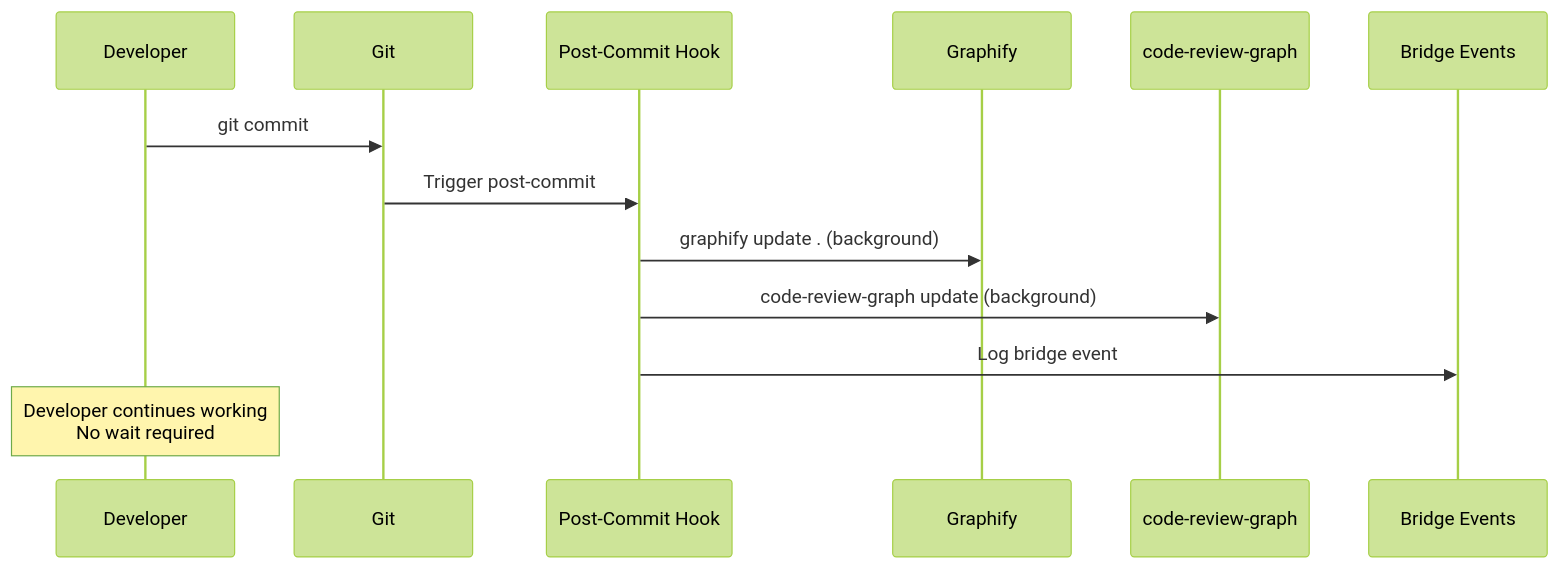
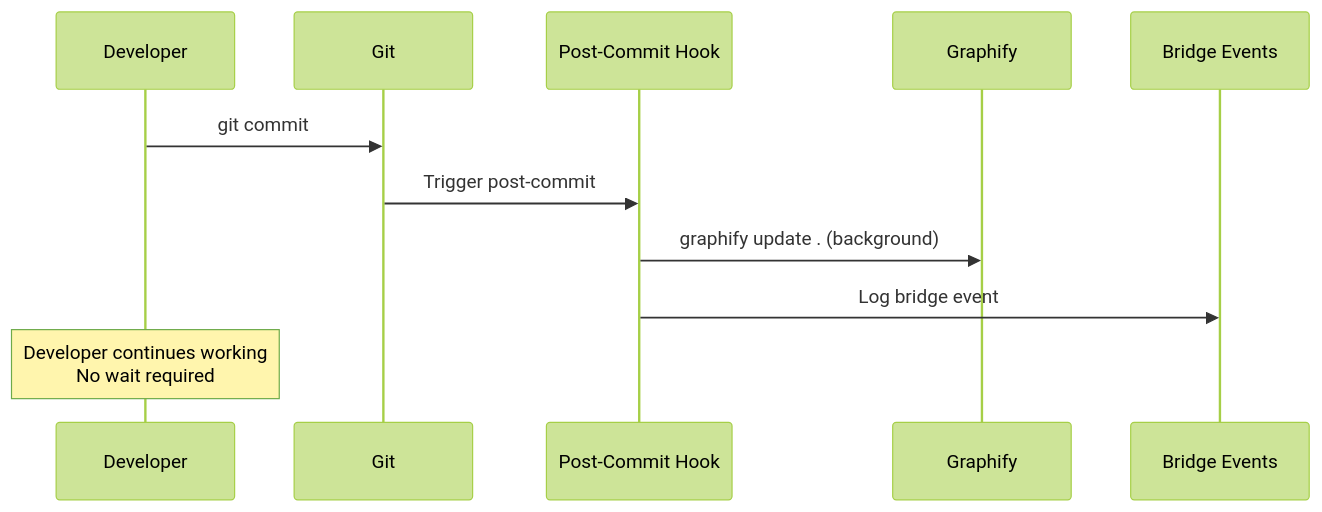
Before and after one commit to lgcorzo/Documentation_agent: the diagram in openwiki/user_guides/developer_guide.md, drawn with Mermaid (forest theme). The commit also changed other lines of this file and 20 other files, not shown here.

Commit message:
refactor: eliminate code-review-graph (CRG) and Ollama dependencies

````diff
--- a/openwiki/user_guides/developer_guide.md
+++ b/openwiki/user_guides/developer_guide.md
@@ -52,16 +50,14 @@
 ```mermaid
 sequenceDiagram
     participant Dev as Developer
     participant Git as Git
     participant Hook as Post-Commit Hook
     participant GR as Graphify
-    participant CRG as code-review-graph
     participant Bridge as Bridge Events
 
     Dev->>Git: git commit
     Git->>Hook: Trigger post-commit
     Hook->>GR: graphify update . (background)
-    Hook->>CRG: code-review-graph update (background)
     Hook->>Bridge: Log bridge event
     Note over Dev: Developer continues working<br/>No wait required
 ```
````
